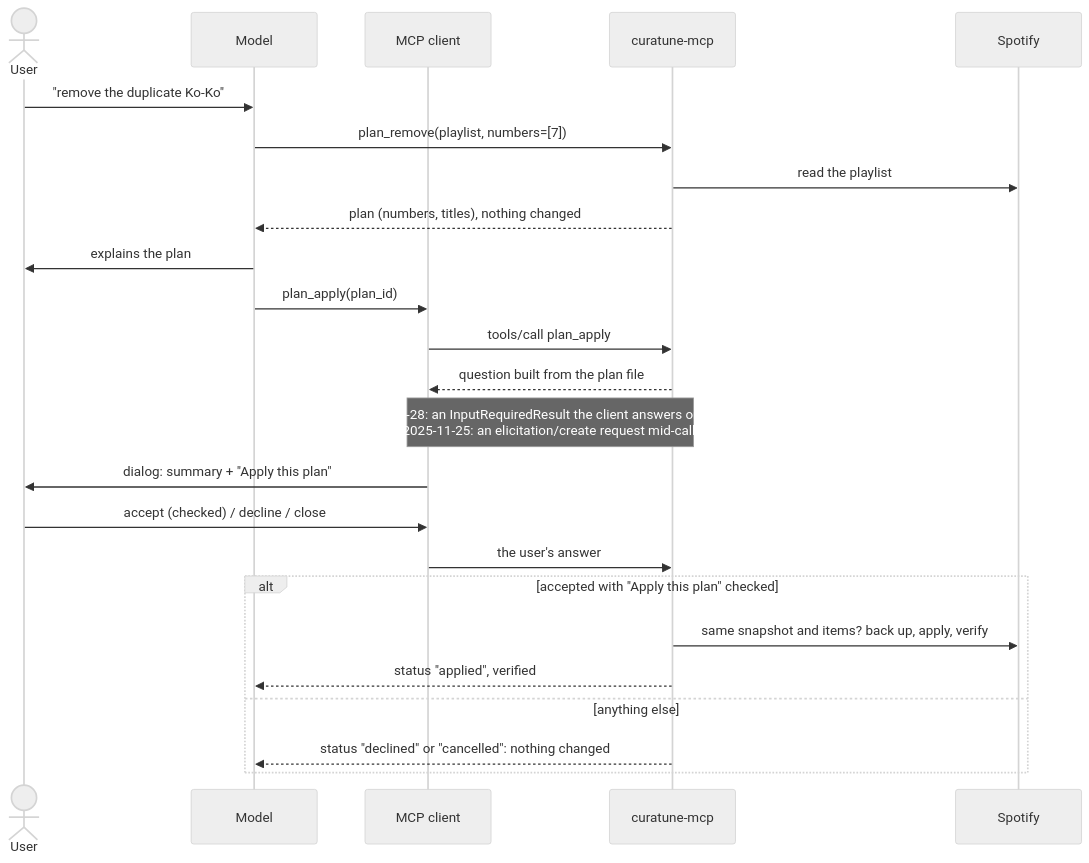
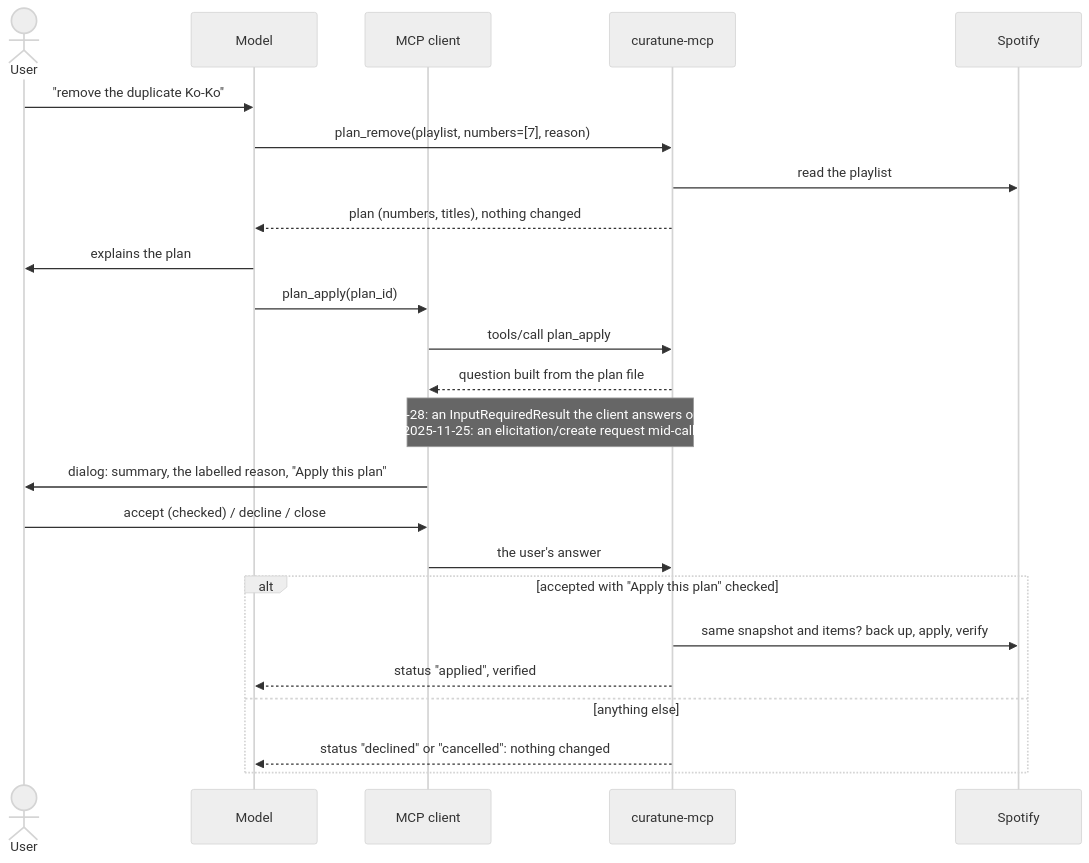
The diagram in docs/mcp.md (gabriel-dg/curatune), drawn with Mermaid (neutral theme) before and after one commit. The commit also changed other lines of this file and 7 other files, not shown here.

First line of the commit message:
Require a reason on plan tools and show it in the confirmation dialog

````diff
--- a/docs/mcp.md
+++ b/docs/mcp.md
@@ -81,26 +81,26 @@
 ```mermaid
 sequenceDiagram
     actor User
     participant Model
     participant Client as MCP client
     participant Server as curatune-mcp
     participant Spotify
     User->>Model: "remove the duplicate Ko-Ko"
-    Model->>Server: plan_remove(playlist, numbers=[7])
+    Model->>Server: plan_remove(playlist, numbers=[7], reason)
     Server->>Spotify: read the playlist
     Server-->>Model: plan (numbers, titles), nothing changed
     Model->>User: explains the plan
     Model->>Client: plan_apply(plan_id)
     Client->>Server: tools/call plan_apply
     Server-->>Client: question built from the plan file
     Note over Client,Server: 2026-07-28: an InputRequiredResult the client answers on a retry.<br/>2025-11-25: an elicitation/create request mid-call.
-    Client->>User: dialog: summary + "Apply this plan"
+    Client->>User: dialog: summary, the labelled reason, "Apply this plan"
     User->>Client: accept (checked) / decline / close
     Client->>Server: the user's answer
     alt accepted with "Apply this plan" checked
         Server->>Spotify: same snapshot and items? back up, apply, verify
         Server-->>Model: status "applied", verified
     else anything else
         Server-->>Model: status "declined" or "cancelled": nothing changed
     end
 ```
````
